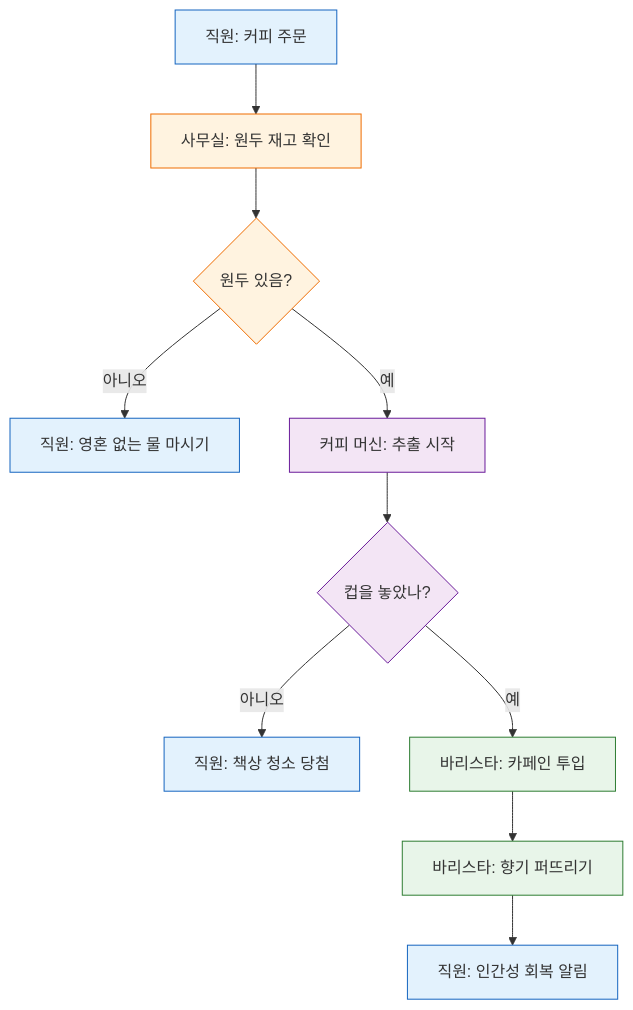
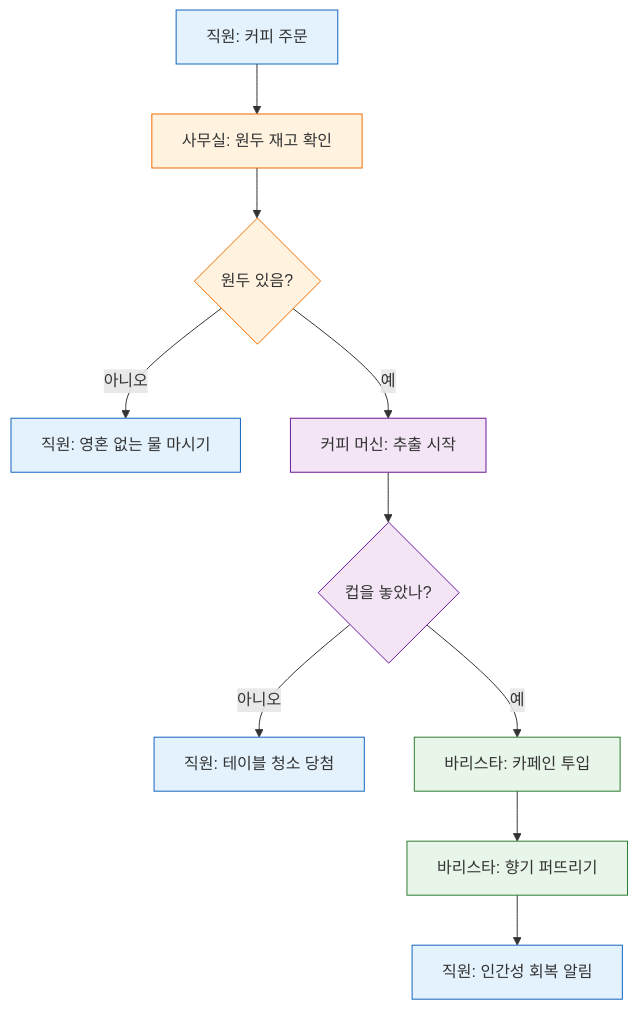
One commit to kimpro82/MyWebPractice changed the fifth of 6 diagrams in Mermaid/README.md. Above: the diagram before and after it, drawn with Mermaid. The commit also changed other lines of this file and 2 other files, not shown here.

Commit message:
Mermaid: 수정된 텍스트로 '책상 청소 당첨'을 '테이블 청소 당첨'으로 변경

````diff
--- a/Mermaid/README.md
+++ b/Mermaid/README.md
@@ -152,22 +152,22 @@
 ```mermaid
 flowchart TD
     A[직원: 커피 주문] --> B[사무실: 원두 재고 확인]
     B --> C{원두 있음?}
     C -->|아니오| D[직원: 영혼 없는 물 마시기]
     C -->|예| E[커피 머신: 추출 시작]
     E --> F{컵을 놓았나?}
-    F -->|아니오| G[직원: 책상 청소 당첨]
+    F -->|아니오| G[직원: 테이블 청소 당첨]
     F -->|예| H[바리스타: 카페인 투입]
     H --> I[바리스타: 향기 퍼뜨리기]
     I --> J[직원: 인간성 회복 알림]
 
     classDef customer fill:#e3f2fd,stroke:#1565c0;
     classDef mall fill:#fff3e0,stroke:#ef6c00;
     classDef payment fill:#f3e5f5,stroke:#6a1b9a;
     classDef logistics fill:#e8f5e9,stroke:#2e7d32;
 
     class A,D,G,J customer;
     class B,C mall;
     class E,F payment;
     class H,I logistics;
 ```
````
